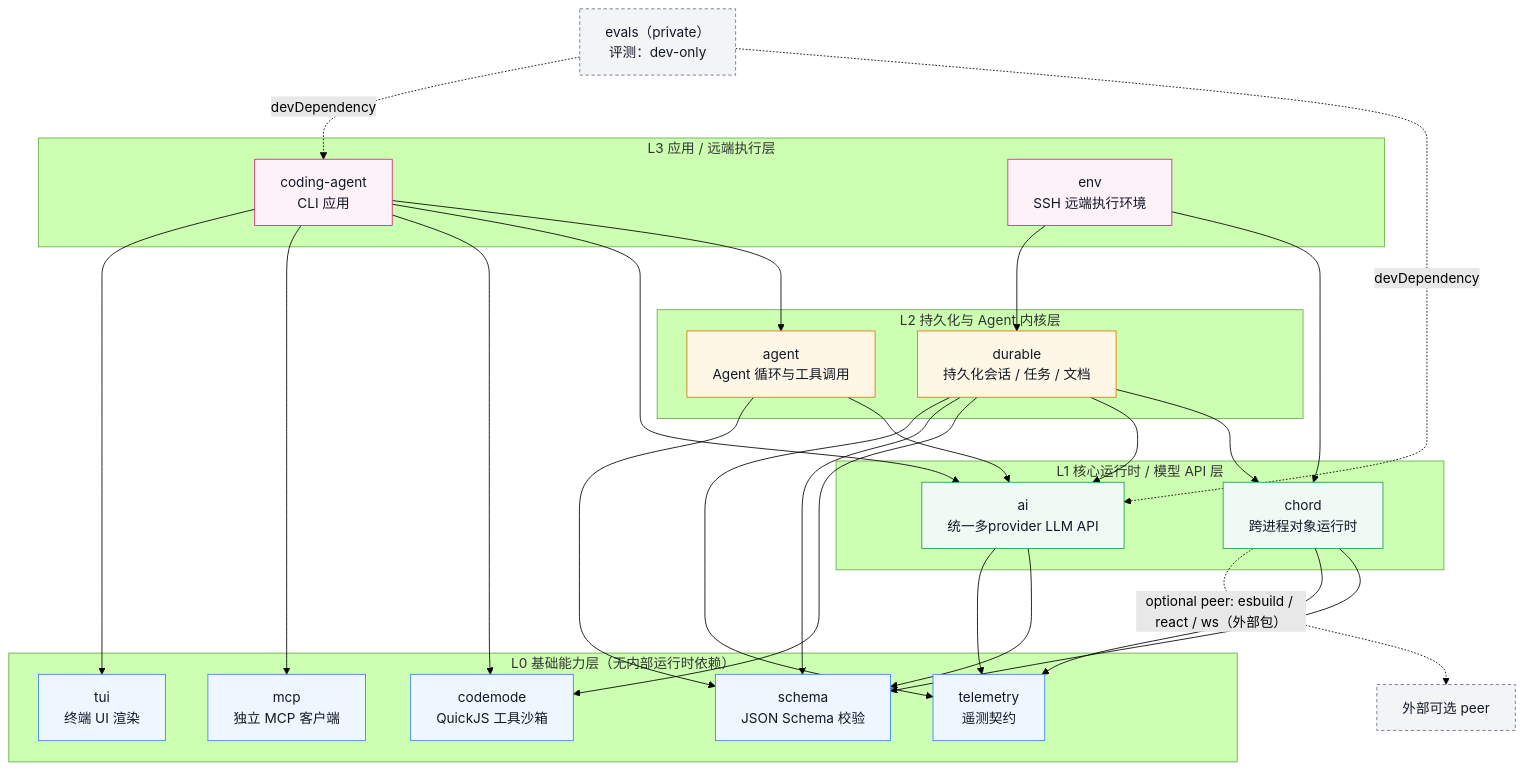
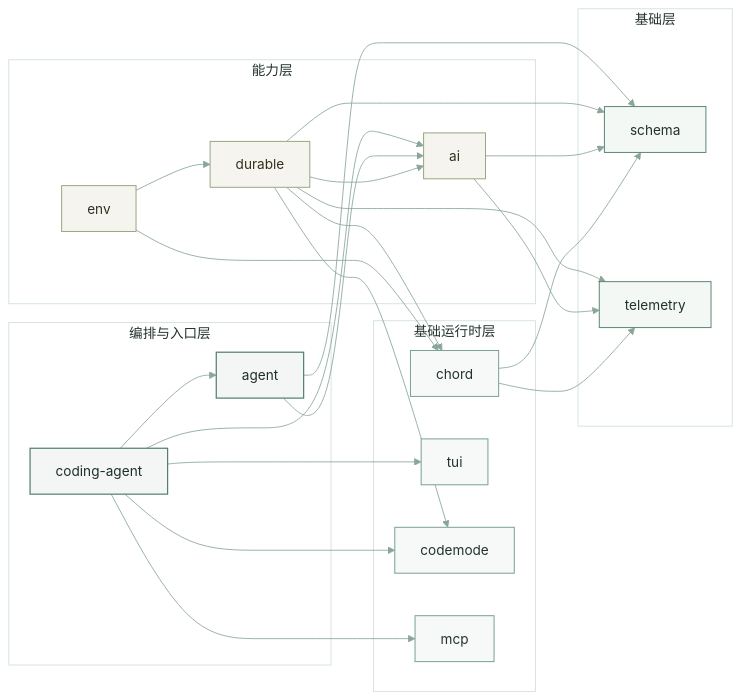
One commit to keyser66/Pi-Agent changed the diagram in Homework_2/dependency.mmd. Above: the diagram before and after it, drawn with Mermaid (forest theme).

Commit message:
homework2

```diff
--- a/Homework_2/dependency.mmd
+++ b/Homework_2/dependency.mmd
@@ -1,67 +1,60 @@
-%% pi-hunnu-2026 模块层级与依赖关系图（Mermaid 可编辑图源）
-%% 箭头统一为「使用方 → 被依赖方」：A --> B 表示 A 依赖 / 使用 B
-%% 实线 = package.json dependencies（运行时直接依赖，进入根构建链）
-%% 虚线 = devDependencies / 可选依赖（不进入根构建链）
-%% 层级依据：内部运行时依赖图的最长路径深度（下游基础 → 上游应用）
-flowchart TB
-    subgraph L3["L3  应用 / 远端执行层"]
-        CA["coding-agent<br/>CLI 应用"]
-        ENV["env<br/>SSH 远端执行环境"]
+flowchart LR
+    subgraph L4[编排与入口层]
+        coding-agent[coding-agent]
+        agent[agent]
+    end
+    subgraph L3[能力层]
+        ai[ai]
+        durable[durable]
+        env[env]
+    end
+    subgraph L2[基础运行时层]
+        chord[chord]
+        tui[tui]
+        codemode[codemode]
+        mcp[mcp]
+    end
+    subgraph L1[基础层]
+        schema[schema]
+        telemetry[telemetry]
     end
 
-    subgraph L2["L2  持久化与 Agent 内核层"]
-        DUR["durable<br/>持久化会话 / 任务 / 文档"]
-        AG["agent<br/>Agent 循环与工具调用"]
-    end
+    coding-agent --> agent
+    coding-agent --> ai
+    coding-agent --> codemode
+    coding-agent --> mcp
+    coding-agent --> tui
 
-    subgraph L1["L1  核心运行时 / 模型 API 层"]
-        CH["chord<br/>跨进程对象运行时"]
-        AI["ai<br/>统一多provider LLM API"]
-    end
+    agent --> ai
+    agent --> schema
 
-    subgraph L0["L0  基础能力层（无内部运行时依赖）"]
-        TEL["telemetry<br/>遥测契约"]
-        SCH["schema<br/>JSON Schema 校验"]
-        CD["codemode<br/>QuickJS 工具沙箱"]
-        MCP["mcp<br/>独立 MCP 客户端"]
-        TUI["tui<br/>终端 UI 渲染"]
-    end
+    durable --> chord
+    durable --> ai
+    durable --> codemode
+    durable --> schema
+    durable --> telemetry
 
-    EV["evals（private）<br/>评测：dev-only"]
+    env --> durable
+    env --> chord
 
-    %% 运行时直接依赖（实线）
-    CA --> AG
-    CA --> AI
-    CA --> CD
-    CA --> MCP
-    CA --> TUI
-    ENV --> CH
-    ENV --> DUR
-    DUR --> CH
-    DUR --> AI
-    DUR --> CD
-    DUR --> SCH
-    DUR --> TEL
-    AG --> AI
-    AG --> SCH
-    CH --> SCH
-    CH --> TEL
-    AI --> SCH
-    AI --> TEL
+    ai --> schema
+    ai --> telemetry
 
-    %% 开发依赖 / 可选依赖（虚线，不参与构建顺序）
-    EV -. "devDependency" .-> AI
-    EV -. "devDependency" .-> CA
-    CH -. "optional peer: esbuild / react / ws（外部包）" .-> EXT["外部可选 peer"]
+    chord --> schema
+    chord --> telemetry
 
-    classDef l0 fill:#eef6ff,stroke:#3b82f6,color:#111827,stroke-width:1px;
-    classDef l1 fill:#eefaf3,stroke:#16a34a,color:#111827,stroke-width:1px;
-    classDef l2 fill:#fff7e6,stroke:#d97706,color:#111827,stroke-width:1px;
-    classDef l3 fill:#fdf2f8,stroke:#db2777,color:#111827,stroke-width:1px;
-    classDef dev fill:#f3f4f6,stroke:#6b7280,color:#111827,stroke-width:1px,stroke-dasharray:4 3;
+    classDef base fill:#f4f8f5,stroke:#5e8b76,color:#22332b,stroke-width:1.2px;
+    classDef runtime fill:#f7f9f8,stroke:#7ba393,color:#22332b,stroke-width:1.2px;
+    classDef ability fill:#f6f4ef,stroke:#9aa886,color:#33301f,stroke-width:1.2px;
+    classDef entry fill:#f3f6f4,stroke:#4f7d68,color:#1f2f27,stroke-width:1.4px;
+    class schema,telemetry base;
+    class chord,tui,codemode,mcp runtime;
+    class ai,durable,env ability;
+    class agent,coding-agent entry;
 
-    class TEL,SCH,CD,MCP,TUI l0;
-    class CH,AI l1;
-    class DUR,AG l2;
-    class CA,ENV l3;
-    class EV,EXT dev;
+    style L1 fill:#ffffff,stroke:#cfe0d7,color:#22332b;
+    style L2 fill:#ffffff,stroke:#cfe0d7,color:#22332b;
+    style L3 fill:#ffffff,stroke:#cfe0d7,color:#22332b;
+    style L4 fill:#ffffff,stroke:#cfe0d7,color:#22332b;
+
+    linkStyle default stroke:#8aa69a,stroke-width:1px;
```
